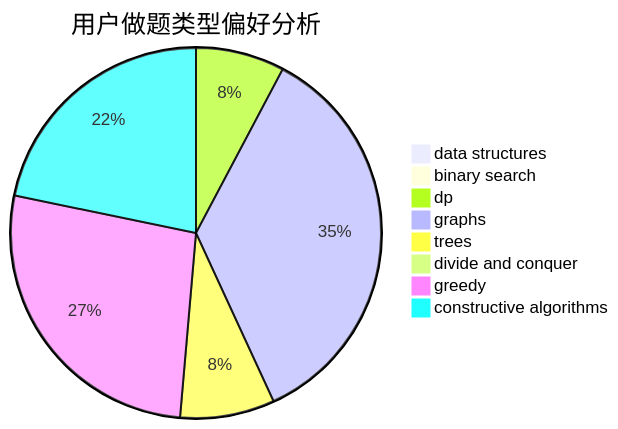
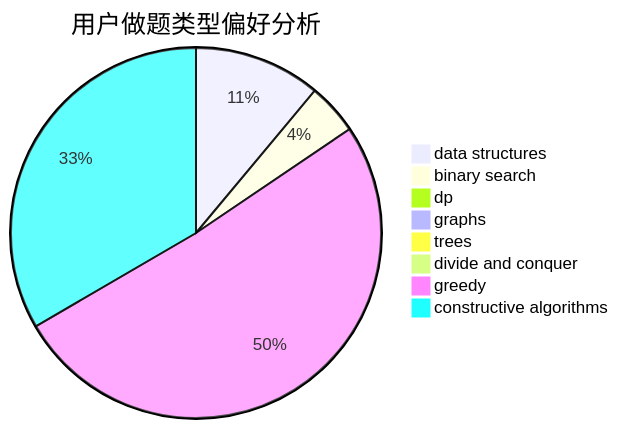
Before and after one commit to sherpahu/cfrs.github.io: the second of 3 diagrams in docs/user/u356.md, drawn with Mermaid. The commit also changed other lines of this file and 2770 other files, not shown here.

````diff
--- a/docs/user/u356.md
+++ b/docs/user/u356.md
@@ -23,11 +23,11 @@
 ```mermaid
 pie title 用户做题类型偏好分析
-    "data structures" :  2
-    "binary search" :  0
-    "dp" :  62
-    "graphs" :  283
-    "trees" :  66
+    "data structures" :  114
+    "binary search" :  46
+    "dp" :  8
+    "graphs" :  0
+    "trees" :  8
     "divide and conquer" :  0
-    "greedy" :  215
-    "constructive algorithms" :  174
+    "greedy" :  526
+    "constructive algorithms" :  344
 ```
````
